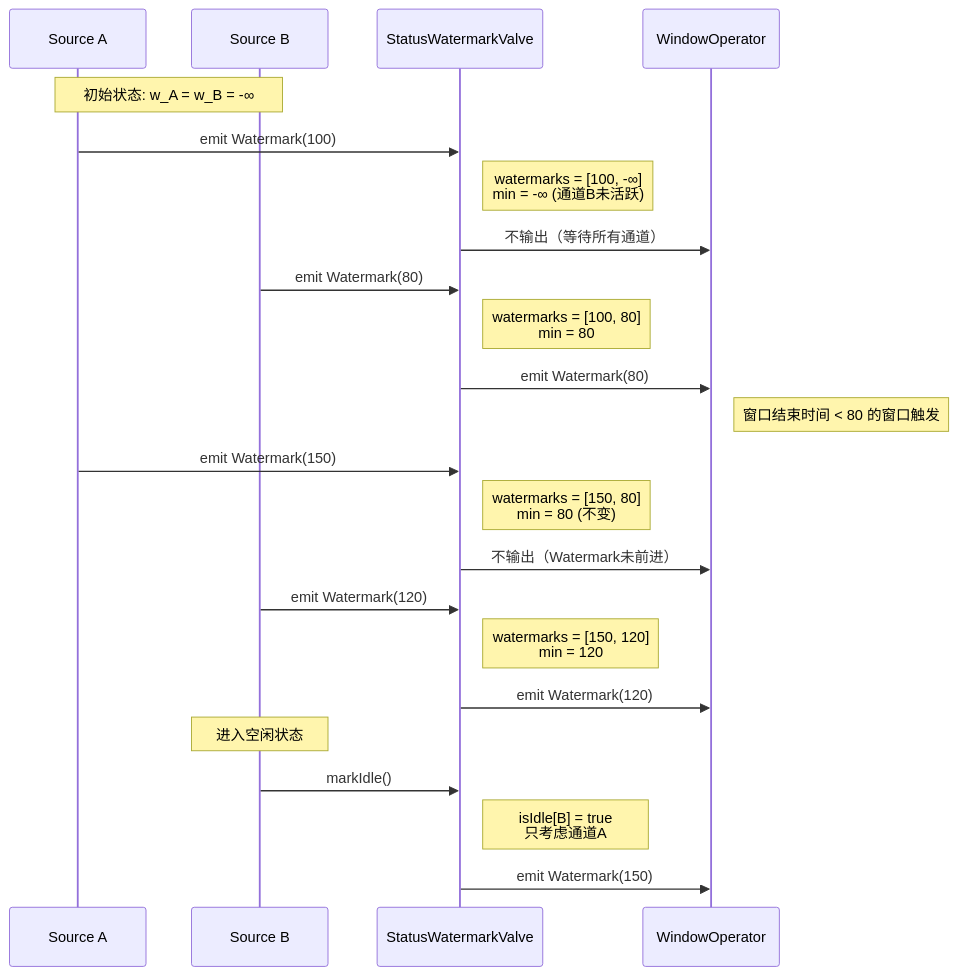
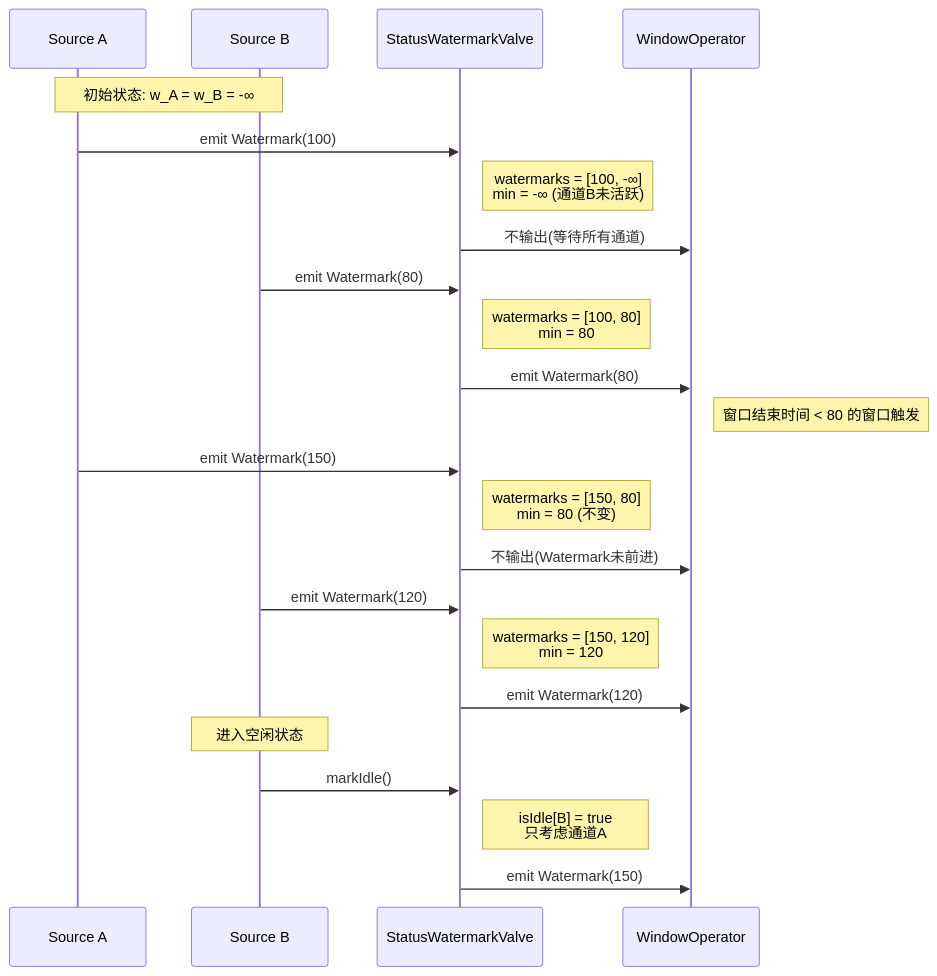
The third of 5 diagrams in Flink/10-internals/watermark-source-analysis.md (AdaMartin18010/AnalysisDataFlow), drawn with Mermaid before and after one commit. The commit also changed other lines of this file and 634 other files, not shown here.

````diff
--- a/Flink/10-internals/watermark-source-analysis.md
+++ b/Flink/10-internals/watermark-source-analysis.md
@@ -1563,31 +1563,31 @@
 ```mermaid
 sequenceDiagram
     participant S1 as Source A
     participant S2 as Source B
     participant SWV as StatusWatermarkValve
     participant OP as WindowOperator
 
     Note over S1,S2: 初始状态: w_A = w_B = -∞
 
     S1->>SWV: emit Watermark(100)
     Note right of SWV: watermarks = [100, -∞]<br/>min = -∞ (通道B未活跃)
-    SWV->>OP: 不输出（等待所有通道）
+    SWV->>OP: 不输出(等待所有通道)
 
     S2->>SWV: emit Watermark(80)
     Note right of SWV: watermarks = [100, 80]<br/>min = 80
     SWV->>OP: emit Watermark(80)
     Note right of OP: 窗口结束时间 < 80 的窗口触发
 
     S1->>SWV: emit Watermark(150)
     Note right of SWV: watermarks = [150, 80]<br/>min = 80 (不变)
-    SWV->>OP: 不输出（Watermark未前进）
+    SWV->>OP: 不输出(Watermark未前进)
 
     S2->>SWV: emit Watermark(120)
     Note right of SWV: watermarks = [150, 120]<br/>min = 120
     SWV->>OP: emit Watermark(120)
 
     Note over S2: 进入空闲状态
     S2->>SWV: markIdle()
     Note right of SWV: isIdle[B] = true<br/>只考虑通道A
     SWV->>OP: emit Watermark(150)
 ```
````
